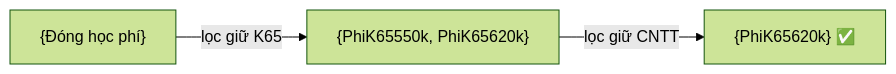
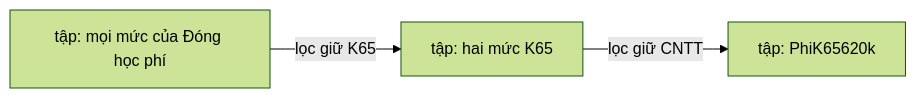
The sixth of 10 diagrams in docs/CONCEPT.md (vpthinh19/ontology-chatbot), drawn with Mermaid (forest theme) before and after one commit. The commit also changed other lines of this file, not shown here.

````diff
--- a/docs/CONCEPT.md
+++ b/docs/CONCEPT.md
@@ -239,4 +310,4 @@
 ```mermaid
 flowchart LR
-    T0["{Đóng học phí}"] -->|"lọc giữ K65"| T1["{PhiK65550k, PhiK65620k}"] -->|"lọc giữ CNTT"| T2["{PhiK65620k} ✅"]
+    T0["tập: mọi mức của Đóng học phí"] -->|"lọc giữ K65"| T1["tập: hai mức K65"] -->|"lọc giữ CNTT"| T2["tập: PhiK65620k"]
 ```
````
